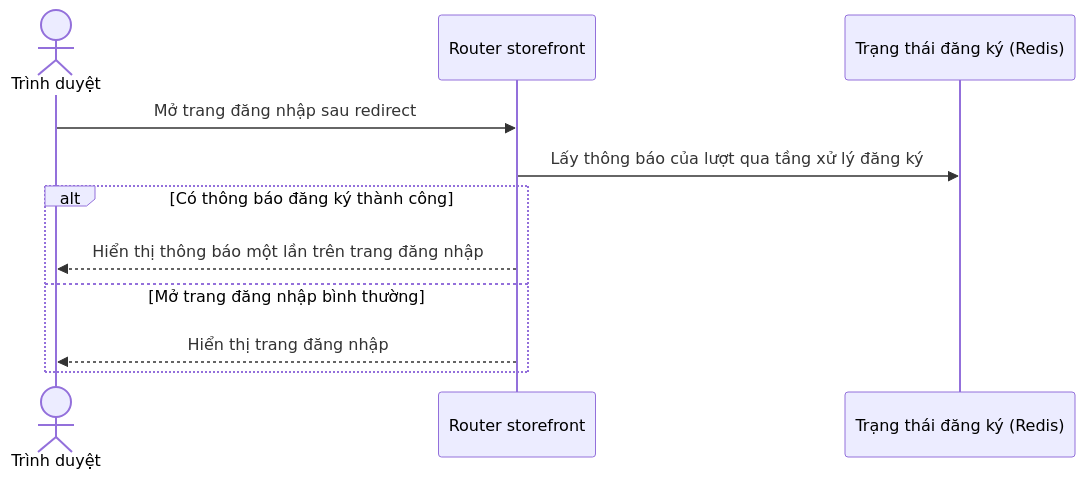
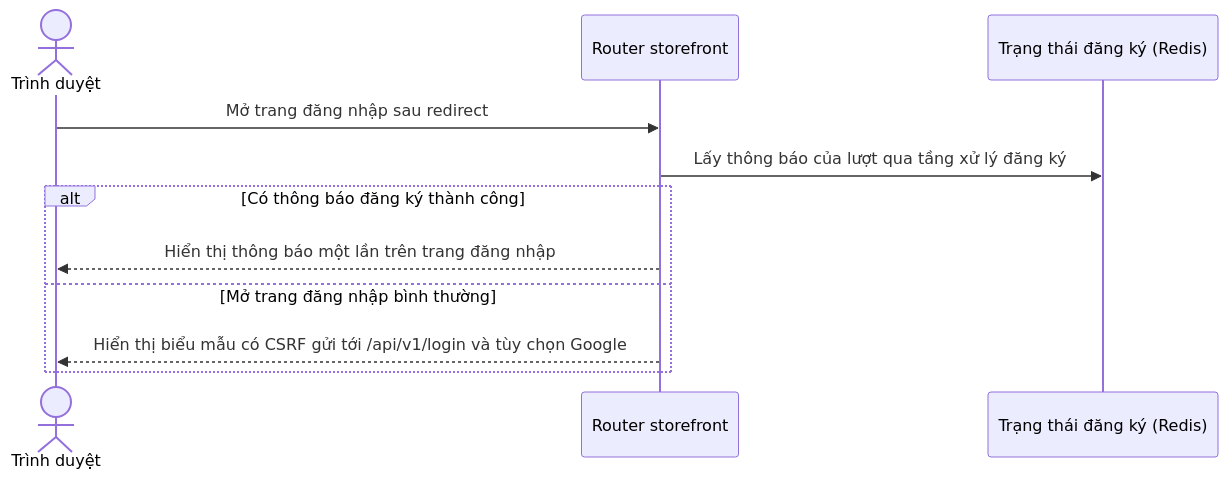
Before and after one commit to thanhklt/sobie-swimwear-e-commerce: the diagram in docs/sequence/identity/get-login.md, drawn with Mermaid. The commit also changed other lines of this file and 72 other files, not shown here.

````diff
--- a/docs/sequence/identity/get-login.md
+++ b/docs/sequence/identity/get-login.md
@@ -5,13 +5,13 @@
 ```mermaid
 sequenceDiagram
     actor Browser as Trình duyệt
     participant Route as Router storefront
     participant Redis as Trạng thái đăng ký (Redis)
     Browser->>Route: Mở trang đăng nhập sau redirect
     Route->>Redis: Lấy thông báo của lượt qua tầng xử lý đăng ký
     alt Có thông báo đăng ký thành công
         Route-->>Browser: Hiển thị thông báo một lần trên trang đăng nhập
     else Mở trang đăng nhập bình thường
-        Route-->>Browser: Hiển thị trang đăng nhập
+        Route-->>Browser: Hiển thị biểu mẫu có CSRF gửi tới /api/v1/login và tùy chọn Google
     end
 ```
````
